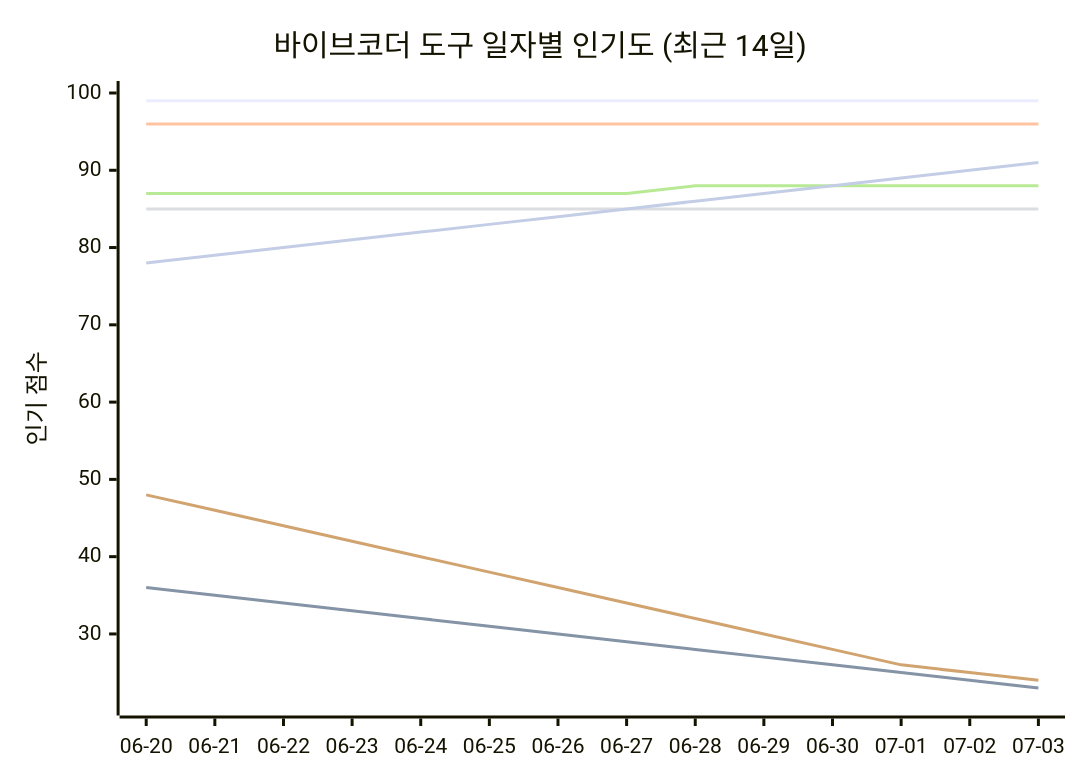
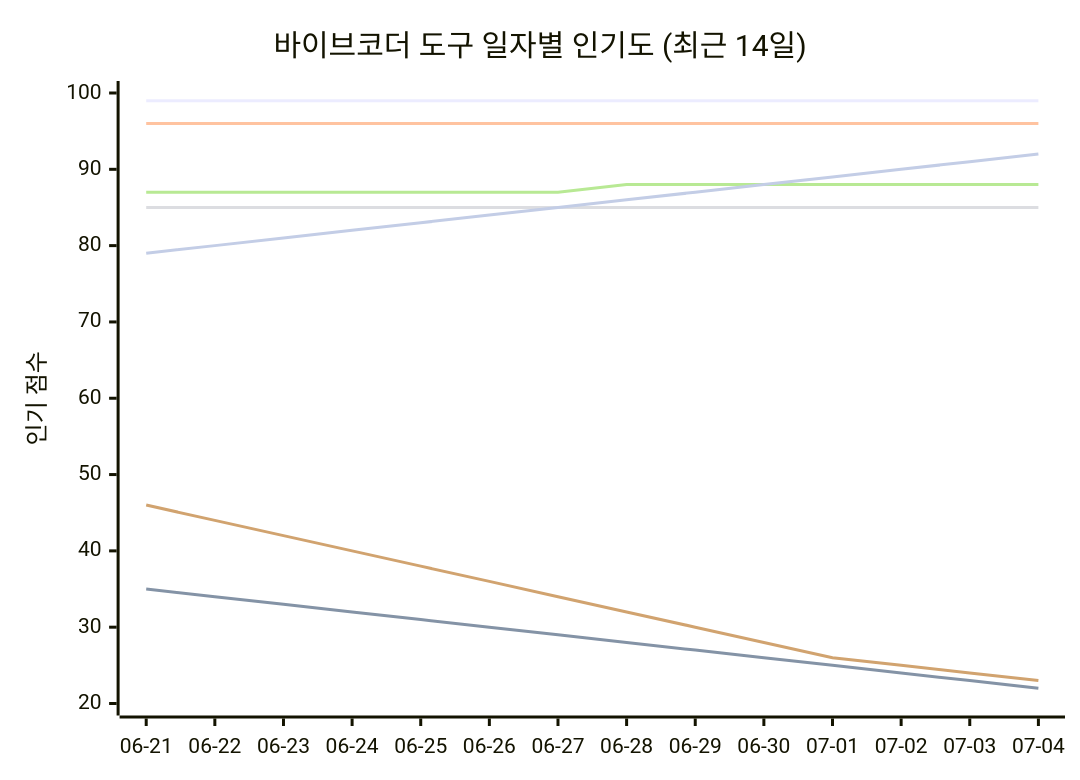
The seventh of 11 diagrams in README_ko.md (tykimos/ai-whatchelin), drawn with Mermaid before and after one commit. The commit also changed other lines of this file and 4 other files, not shown here.

````diff
--- a/README_ko.md
+++ b/README_ko.md
@@ -1797,13 +1803,13 @@
 ```mermaid
 xychart-beta
     title "바이브코더 도구 일자별 인기도 (최근 14일)"
-    x-axis ["06-20", "06-21", "06-22", "06-23", "06-24", "06-25", "06-26", "06-27", "06-28", "06-29", "06-30", "07-01", "07-02", "07-03"]
-    y-axis "인기 점수" 21 --> 100
+    x-axis ["06-21", "06-22", "06-23", "06-24", "06-25", "06-26", "06-27", "06-28", "06-29", "06-30", "07-01", "07-02", "07-03", "07-04"]
+    y-axis "인기 점수" 20 --> 100
     line "Claude Code" [99, 99, 99, 99, 99, 99, 99, 99, 99, 99, 99, 99, 99, 99]
-    line "GH Copilot" [36, 35, 34, 33, 32, 31, 30, 29, 28, 27, 26, 25, 24, 23]
+    line "GH Copilot" [35, 34, 33, 32, 31, 30, 29, 28, 27, 26, 25, 24, 23, 22]
     line "Cursor" [96, 96, 96, 96, 96, 96, 96, 96, 96, 96, 96, 96, 96, 96]
     line "Windsurf" [85, 85, 85, 85, 85, 85, 85, 85, 85, 85, 85, 85, 85, 85]
-    line "Codex CLI" [87, 87, 87, 87, 87, 87, 87, 87, 88, 88, 88, 88, 88, 88]
-    line "Gemini CLI" [48, 46, 44, 42, 40, 38, 36, 34, 32, 30, 28, 26, 25, 24]
-    line "Antigravity" [78, 79, 80, 81, 82, 83, 84, 85, 86, 87, 88, 89, 90, 91]
+    line "Codex CLI" [87, 87, 87, 87, 87, 87, 87, 88, 88, 88, 88, 88, 88, 88]
+    line "Gemini CLI" [46, 44, 42, 40, 38, 36, 34, 32, 30, 28, 26, 25, 24, 23]
+    line "Antigravity" [79, 80, 81, 82, 83, 84, 85, 86, 87, 88, 89, 90, 91, 92]
 ```
````
